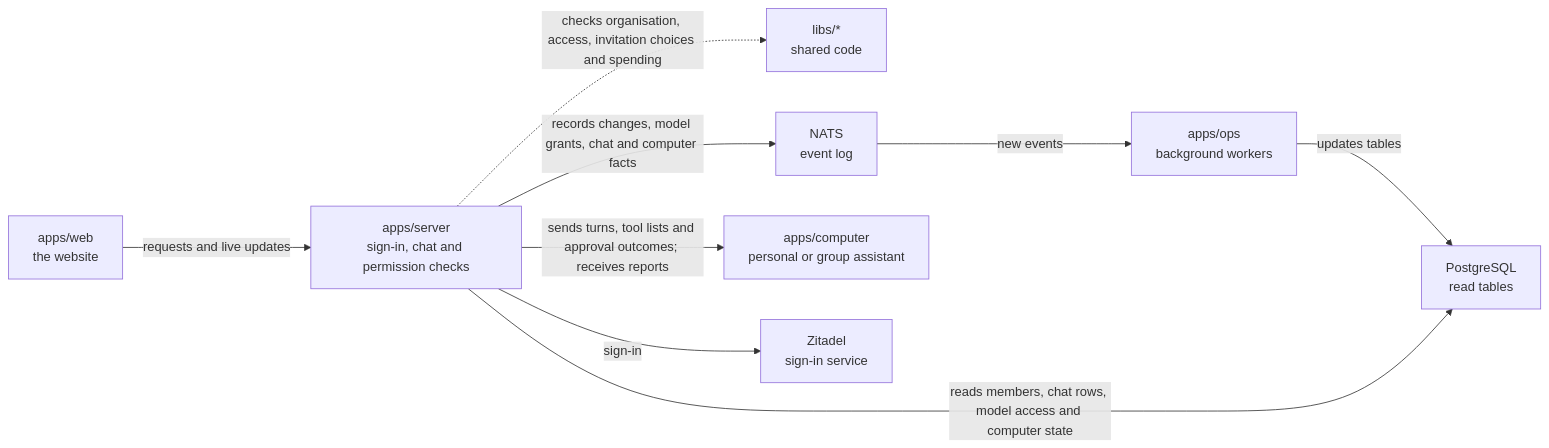
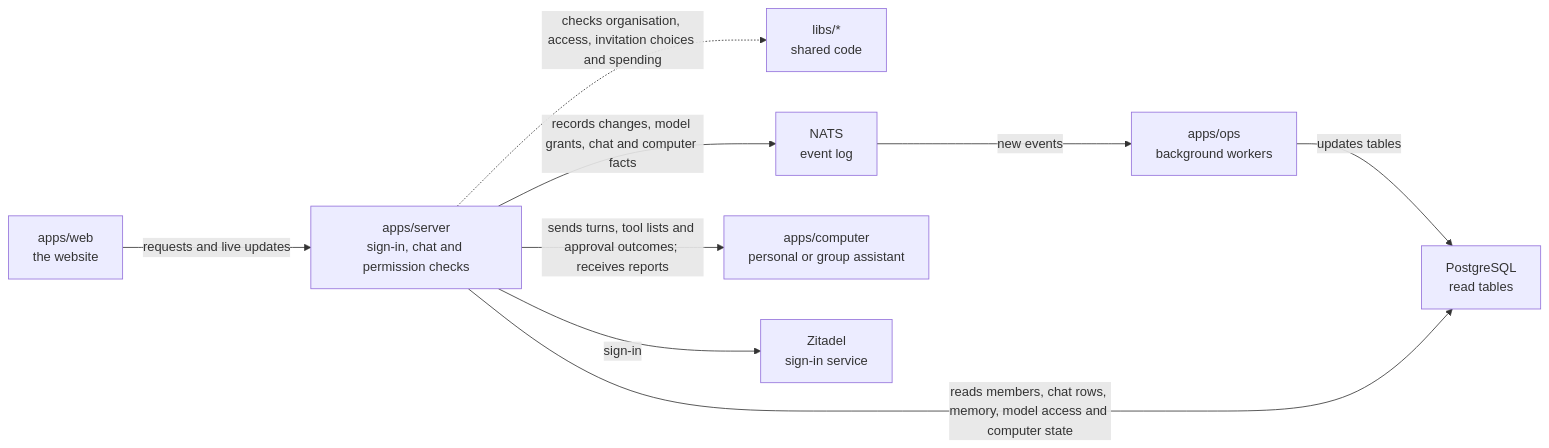
The diagram in apps/server/README.md (elewa-git/opencrane-new), drawn with Mermaid before and after one commit. The commit also changed other lines of this file and 9 other files, not shown here.

Commit message:
🧠 Add authorised memory scope and search reads

````diff
--- a/apps/server/README.md
+++ b/apps/server/README.md
@@ -11,11 +11,11 @@
 ```mermaid
 flowchart LR
   web["apps/web<br/>the website"] -->|requests and live updates| server["apps/server<br/>sign-in, chat and permission checks"]
   server -.->|checks organisation, access, invitation choices and spending| libs["libs/*<br/>shared code"]
   server -->|records changes, model grants, chat and computer facts| nats["NATS<br/>event log"]
   nats -->|new events| ops["apps/ops<br/>background workers"]
   ops -->|updates tables| postgres["PostgreSQL<br/>read tables"]
-  server -->|reads members, chat rows, model access and computer state| postgres
+  server -->|reads members, chat rows, memory, model access and computer state| postgres
   server -->|sends turns, tool lists and approval outcomes; receives reports| computer["apps/computer<br/>personal or group assistant"]
   server -->|sign-in| zitadel["Zitadel<br/>sign-in service"]
 ```
````
